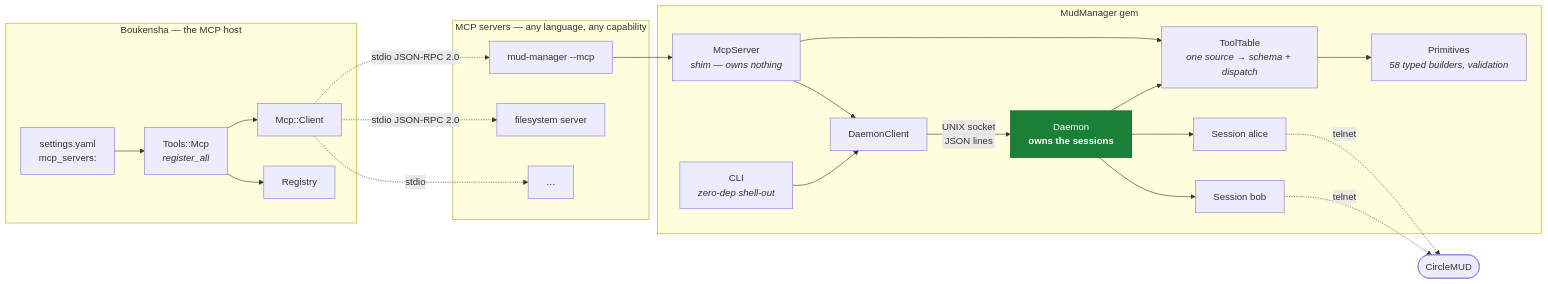
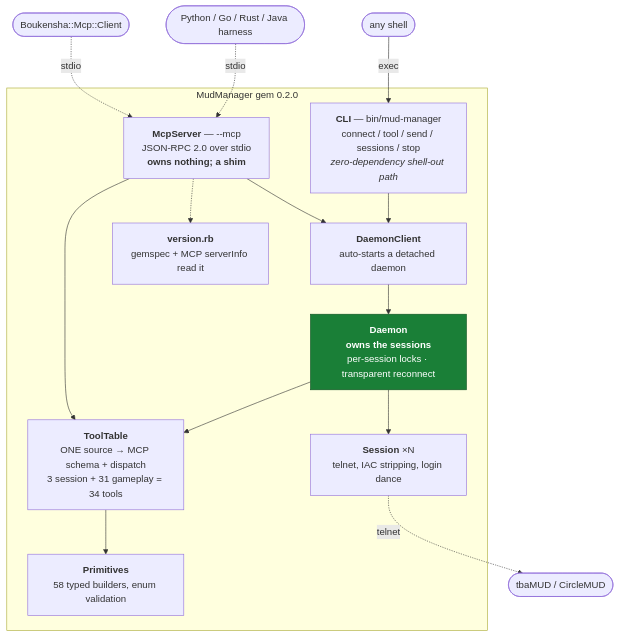
Before and after one commit to dglebov/claude-code-camp-2026-Q2: the third of 6 diagrams in docs/architecture.md, drawn with Mermaid. The commit also changed other lines of this file and 120 other files, not shown here.

````diff
--- a/docs/architecture.md
+++ b/docs/architecture.md
@@ -97,45 +127,28 @@
 ```mermaid
-flowchart LR
-    subgraph host["Boukensha — the MCP host"]
-        CFG2["settings.yaml<br/>mcp_servers:"]
-        MCPT2["Tools::Mcp<br/><i>register_all</i>"]
-        MCPC2["Mcp::Client"]
-        REG2["Registry"]
-        CFG2 --> MCPT2 --> MCPC2
-        MCPT2 --> REG2
+flowchart TB
+    subgraph mm["MudManager gem 0.2.0"]
+        CLI["<b>CLI</b> — bin/mud-manager<br/>connect / tool / send / sessions / stop<br/><i>zero-dependency shell-out path</i>"]
+        MCPS["<b>McpServer</b> — --mcp<br/>JSON-RPC 2.0 over stdio<br/><b>owns nothing; a shim</b>"]
+        DC["<b>DaemonClient</b><br/>auto-starts a detached daemon"]
+        DAEMON["<b>Daemon</b><br/><b>owns the sessions</b><br/>per-session locks · transparent reconnect"]
+        TT["<b>ToolTable</b><br/>ONE source → MCP schema + dispatch<br/>3 session + 31 gameplay = 34 tools"]
+        PRIM["<b>Primitives</b><br/>58 typed builders, enum validation"]
+        SESS["<b>Session</b> ×N<br/>telnet, IAC stripping, login dance"]
+        VER["<b>version.rb</b><br/>gemspec + MCP serverInfo read it"]
+
+        MCPS --> DC --> DAEMON
+        CLI --> DC
+        MCPS --> TT --> PRIM
+        DAEMON --> TT
+        DAEMON --> SESS
+        MCPS -.-> VER
     end
 
-    subgraph servers["MCP servers — any language, any capability"]
-        MUDS["mud-manager --mcp"]
-        FSS["filesystem server"]
-        OTH["…"]
-    end
-
-    subgraph mm["MudManager gem"]
-        MCPS["McpServer<br/><i>shim — owns nothing</i>"]
-        DC["DaemonClient"]
-        CLI2["CLI<br/><i>zero-dep shell-out</i>"]
-        DAEMON["Daemon<br/><b>owns the sessions</b>"]
-        TT["ToolTable<br/><i>one source → schema + dispatch</i>"]
-        PRIM["Primitives<br/><i>58 typed builders, validation</i>"]
-        SESS1["Session alice"]
-        SESS2["Session bob"]
-
-        MCPS --> DC
-        CLI2 --> DC
-        DC -->|"UNIX socket<br/>JSON lines"| DAEMON
-        MCPS --> TT --> PRIM
-        DAEMON --> TT
-        DAEMON --> SESS1 & SESS2
-    end
-
-    MCPC2 -.->|"stdio JSON-RPC 2.0"| MUDS
-    MCPC2 -.->|"stdio JSON-RPC 2.0"| FSS
-    MCPC2 -.->|"stdio"| OTH
-    MUDS --> MCPS
-    SESS1 -.->|telnet| MUD1(["CircleMUD"])
-    SESS2 -.->|telnet| MUD1
+    HOST(["Boukensha::Mcp::Client"]) -.->|stdio| MCPS
+    ANY(["Python / Go / Rust / Java harness"]) -.->|stdio| MCPS
+    SH2(["any shell"]) -->|exec| CLI
+    SESS -.->|telnet| MUD(["tbaMUD / CircleMUD"])
 
     classDef own fill:#1a7f37,stroke:#0f5323,color:#fff
     class DAEMON own
 ```
````
